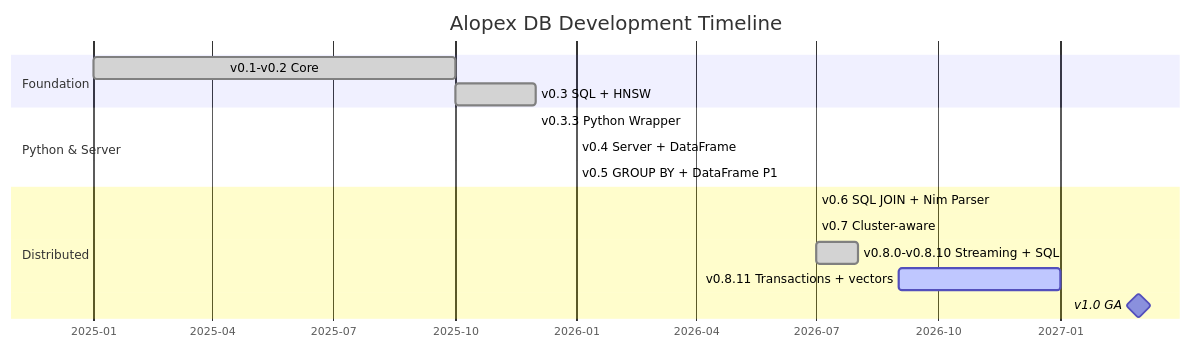
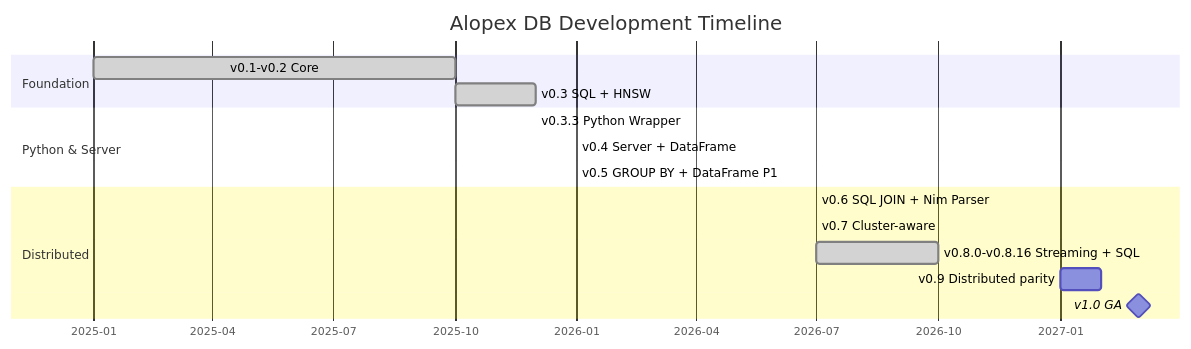
The diagram in docs/index.md (alopex-db/alopex-db.github.io), drawn with Mermaid before and after one commit. The commit also changed other lines of this file, not shown here.

First line of the commit message:
docs: align the homepage roadmap with the published v1.x track

````diff
--- a/docs/index.md
+++ b/docs/index.md
@@ -267,22 +267,22 @@
 ```mermaid
 gantt
     title Alopex DB Development Timeline
     dateFormat  YYYY-MM
     axisFormat  %Y-%m
 
     section Foundation
     v0.1-v0.2 Core          :done, 2025-01, 2025-10
     v0.3 SQL + HNSW         :done, 2025-10, 2025-12
 
     section Python & Server
     v0.3.3 Python Wrapper   :done, 2025-12, 2025-12
     v0.4 Server + DataFrame :done, 2026-01, 2026-01
     v0.5 GROUP BY + DataFrame P1 :done, 2026-01, 2026-01
 
     section Distributed
     v0.6 SQL JOIN + Nim Parser :done, 2026-07, 2026-07
     v0.7 Cluster-aware      :done, 2026-07, 2026-07
-    v0.8.0-v0.8.10 Streaming + SQL :done, 2026-07, 2026-08
-    v0.8.11 Transactions + vectors :active, 2026-09, 2027-01
+    v0.8.0-v0.8.16 Streaming + SQL :done, 2026-07, 2026-10
+    v0.9 Distributed parity :2027-01, 2027-02
     v1.0 GA                 :milestone, 2027-03, 0d
 ```
````
